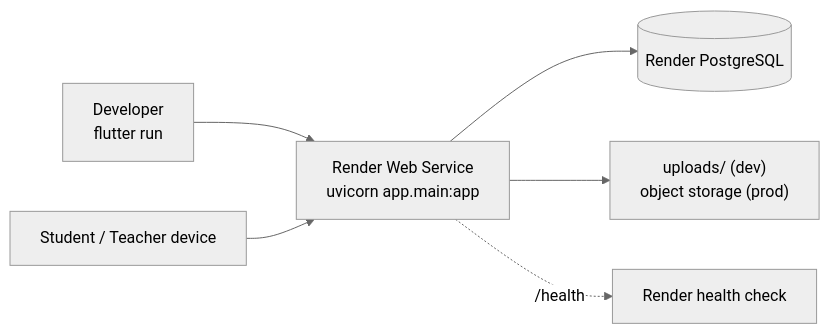
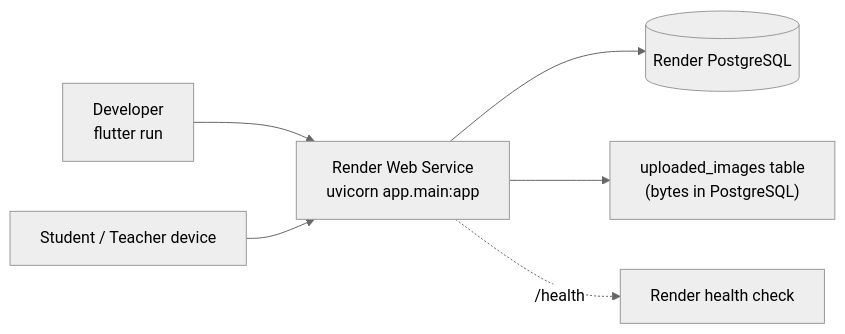
Before and after one commit to Himel-Sarder/XamVault: the third of 3 diagrams in docs/architecture.md, drawn with Mermaid (neutral theme). The commit also changed 14 other files, not shown here.

````diff
--- a/docs/architecture.md
+++ b/docs/architecture.md
@@ -135,8 +135,8 @@
 ```mermaid
 flowchart LR
     Dev["Developer<br/>flutter run"] --> RB
     Phone["Student / Teacher device"] --> RB
     RB["Render Web Service<br/>uvicorn app.main:app"] --> RDB[("Render PostgreSQL")]
-    RB --> UP["uploads/ (dev)<br/>object storage (prod)"]
+    RB --> UP["uploaded_images table<br/>(bytes in PostgreSQL)"]
     RB -.->|/health| Probe["Render health check"]
 ```
````
